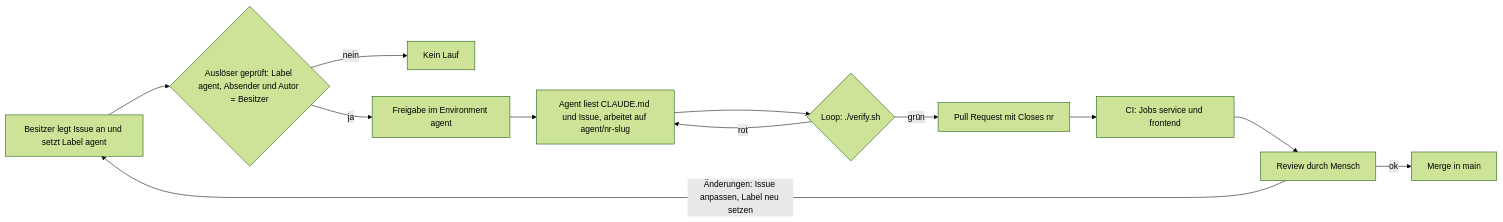
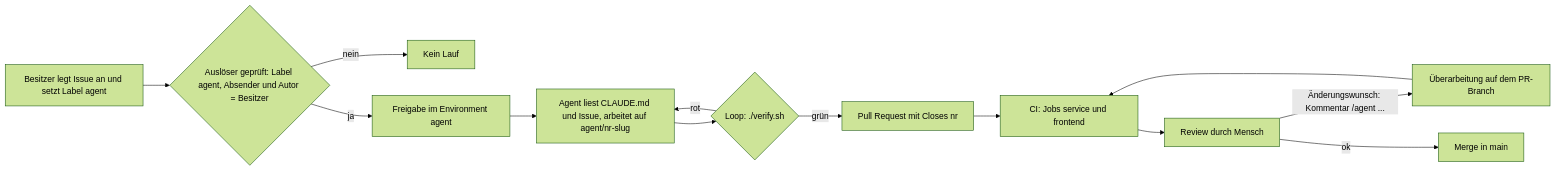
Before and after one commit to juheba/sw-factory-tryout: the second of 2 diagrams in docs/process.md, drawn with Mermaid (forest theme). The commit also changed other lines of this file and 5 other files, not shown here.

First line of the commit message:
feat: Review-Schleife per Kommentar /agent (Spike, P2) (#44)

````diff
--- a/docs/process.md
+++ b/docs/process.md
@@ -23,14 +23,15 @@
 ```mermaid
 flowchart LR
     O[Besitzer legt Issue an und setzt Label agent] --> T{Auslöser geprüft: Label agent, Absender und Autor = Besitzer}
     T -->|nein| X[Kein Lauf]
     T -->|ja| E[Freigabe im Environment agent]
     E --> A[Agent liest CLAUDE.md und Issue, arbeitet auf agent/nr-slug]
     A --> L{Loop: ./verify.sh}
     L -->|rot| A
     L -->|grün| PR[Pull Request mit Closes nr]
     PR --> CI[CI: Jobs service und frontend]
     CI --> R[Review durch Mensch]
-    R -->|Änderungen: Issue anpassen, Label neu setzen| O
+    R -->|Änderungswunsch: Kommentar /agent ...| RK[Überarbeitung auf dem PR-Branch]
+    RK --> CI
     R -->|ok| M[Merge in main]
 ```
````
